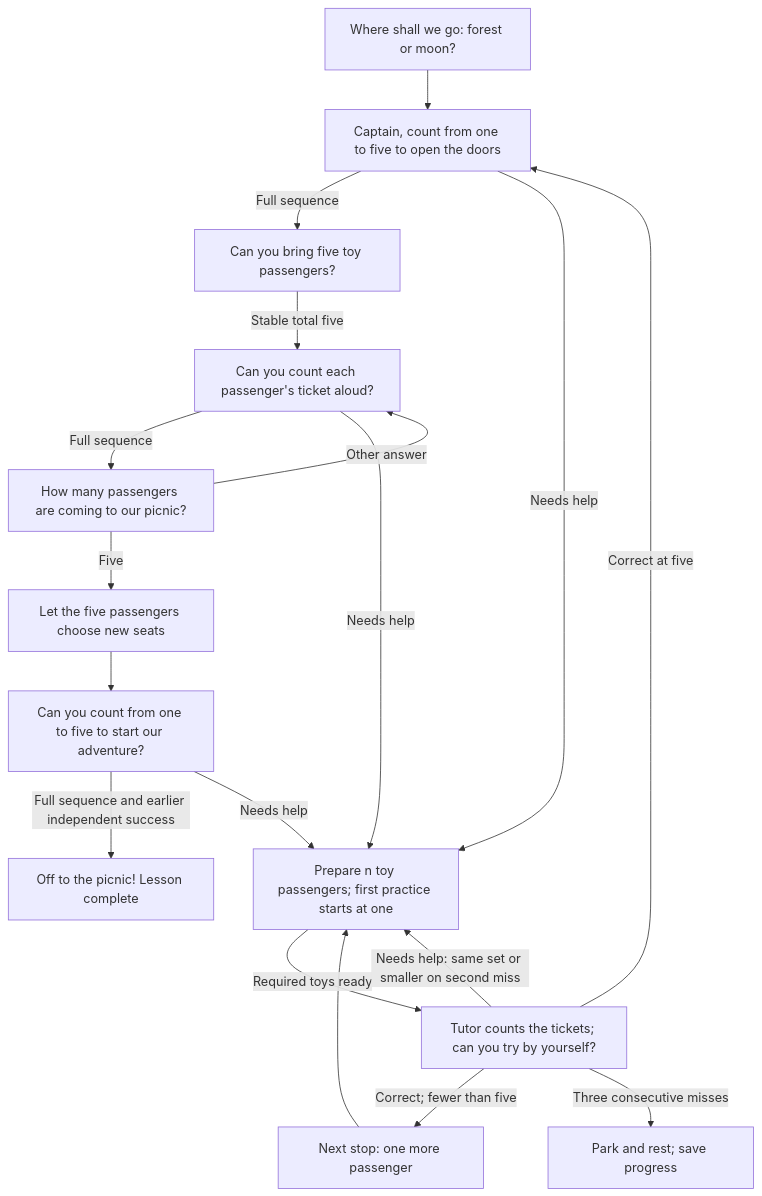
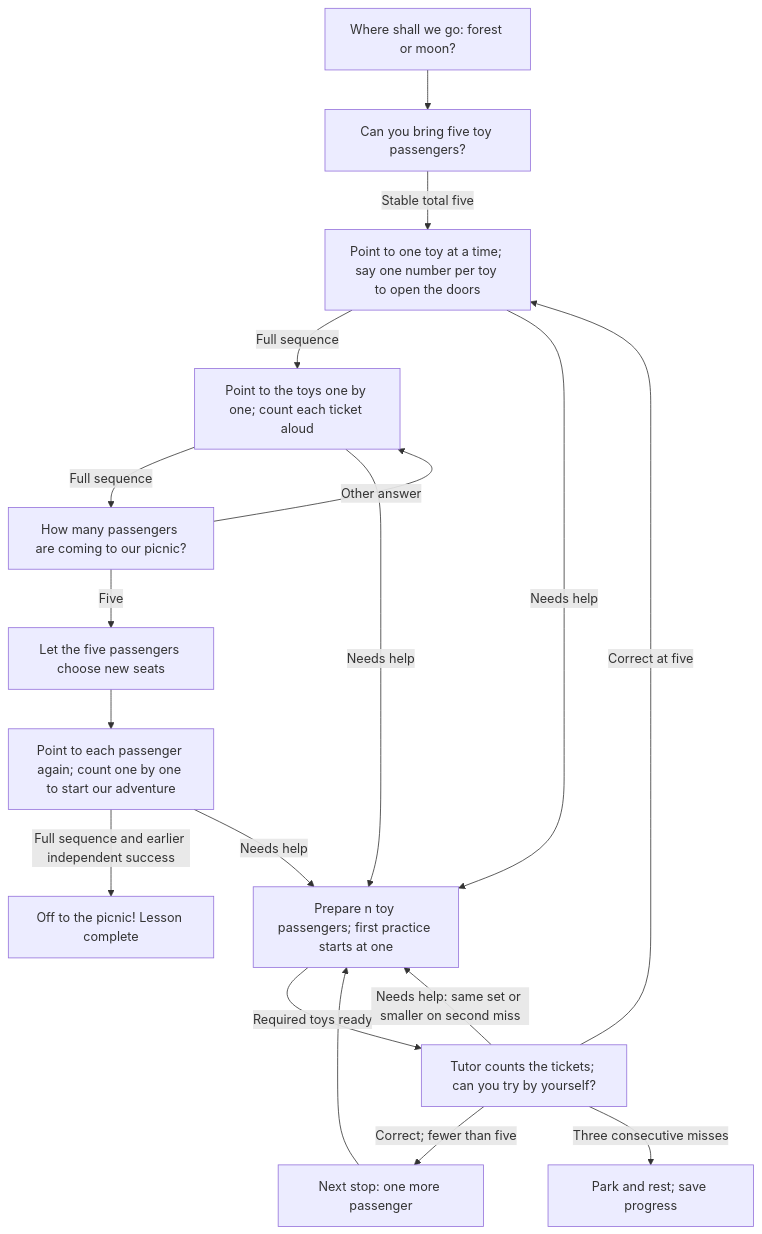
One commit to sealsbroken/unmath changed the diagram in docs/wiki/Lesson-1-Count-to-five.md. Above: the diagram before and after it, drawn with Mermaid. The commit also changed other lines of this file and 8 other files, not shown here.

Commit message:
Require one-by-one counting of real toys in the first lessons

````diff
--- a/docs/wiki/Lesson-1-Count-to-five.md
+++ b/docs/wiki/Lesson-1-Count-to-five.md
@@ -19,20 +19,20 @@
 ```mermaid
 flowchart TD
-    Choose["Where shall we go: forest or moon?"] --> Doors["Captain, count from one to five to open the doors"]
-    Doors -->|"Full sequence"| Setup["Can you bring five toy passengers?"]
+    Choose["Where shall we go: forest or moon?"] --> Setup["Can you bring five toy passengers?"]
+    Setup -->|"Stable total five"| Doors["Point to one toy at a time; say one number per toy to open the doors"]
+    Doors -->|"Full sequence"| Tickets["Point to the toys one by one; count each ticket aloud"]
     Doors -->|"Needs help"| Small["Prepare n toy passengers; first practice starts at one"]
-    Setup -->|"Stable total five"| Tickets["Can you count each passenger's ticket aloud?"]
     Tickets -->|"Full sequence"| Total["How many passengers are coming to our picnic?"]
     Tickets -->|"Needs help"| Small
     Total -->|"Five"| Seats["Let the five passengers choose new seats"]
     Total -->|"Other answer"| Tickets
-    Seats --> Engine["Can you count from one to five to start our adventure?"]
+    Seats --> Engine["Point to each passenger again; count one by one to start our adventure"]
     Engine -->|"Full sequence and earlier independent success"| Picnic["Off to the picnic! Lesson complete"]
     Engine -->|"Needs help"| Small
     Small -->|"Required toys ready"| Model["Tutor counts the tickets; can you try by yourself?"]
     Model -->|"Correct; fewer than five"| More["Next stop: one more passenger"]
     More --> Small
     Model -->|"Correct at five"| Doors
     Model -->|"Needs help: same set or smaller on second miss"| Small
     Model -->|"Three consecutive misses"| Rest["Park and rest; save progress"]
 ```
````
